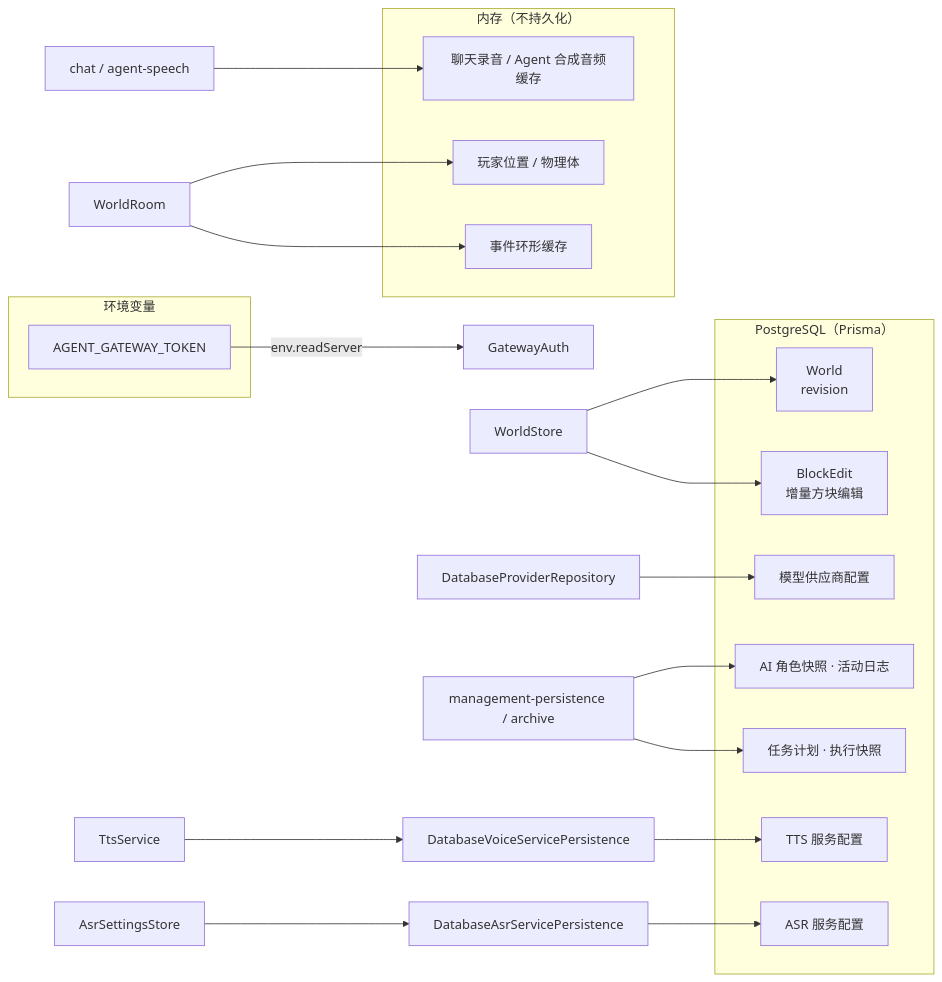
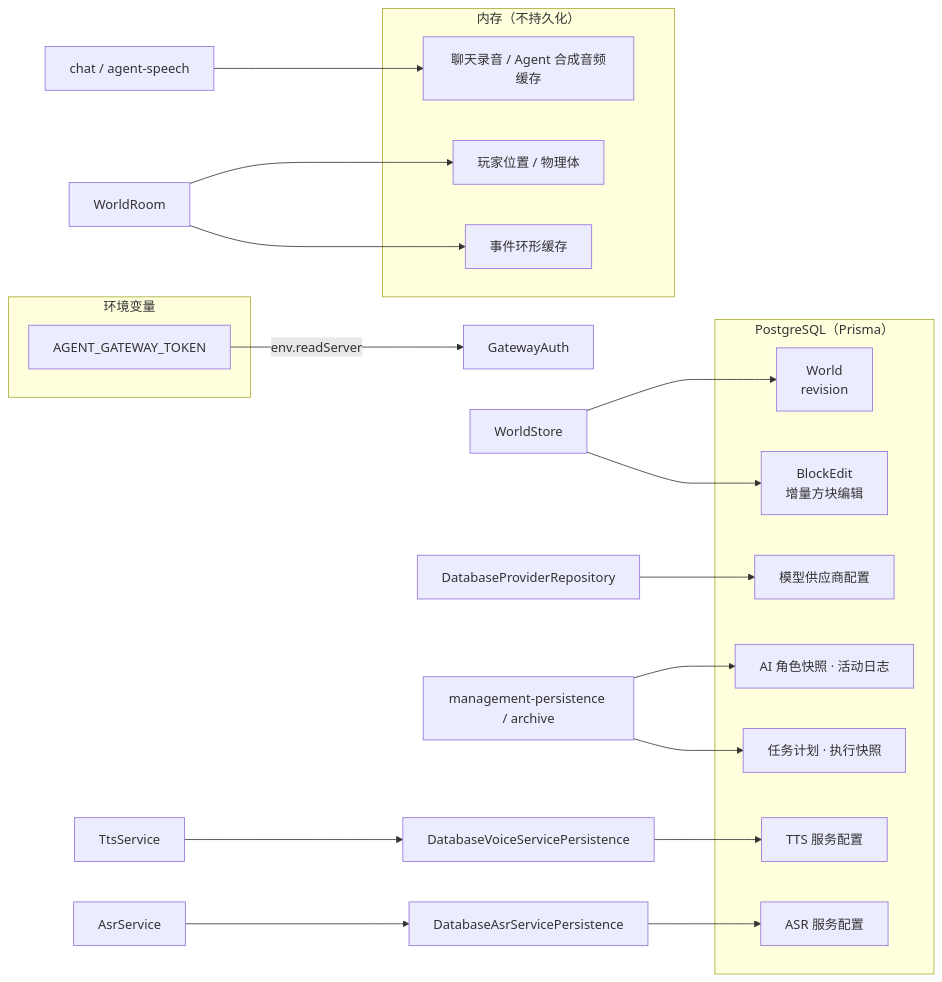
One commit to lulabs-org/embocraft changed diagram 14 of 14 in docs/guide/architecture-diagrams.md. Above: the diagram before and after it, drawn with Mermaid. The commit also changed other lines of this file and 60 other files, not shown here.

````diff
--- a/docs/guide/architecture-diagrams.md
+++ b/docs/guide/architecture-diagrams.md
@@ -450,34 +446,34 @@
 ```mermaid
 graph LR
     subgraph PG["PostgreSQL（Prisma）"]
         WorldT["World<br/>revision"]
         EditT["BlockEdit<br/>增量方块编辑"]
         Prov["模型供应商配置"]
         Chars["AI 角色快照 · 活动日志"]
         TaskF["任务计划 · 执行快照"]
         VoiceF["TTS 服务配置"]
         ASRF["ASR 服务配置"]
     end
 
     subgraph Env["环境变量"]
         Token["AGENT_GATEWAY_TOKEN"]
     end
 
     subgraph Memory["内存（不持久化）"]
         Rec["聊天录音 / Agent 合成音频缓存"]
         Players["玩家位置 / 物理体"]
         EvBuf["事件环形缓存"]
     end
 
     WorldStoreN["WorldStore"] --> WorldT
     WorldStoreN --> EditT
     DatabaseProviderRepoN["DatabaseProviderRepository"] --> Prov
     VSN["TtsService"] --> VDB["DatabaseVoiceServicePersistence"] --> VoiceF
-    ASN["AsrSettingsStore"] --> ADB["DatabaseAsrServicePersistence"] --> ASRF
+    ASN["AsrService"] --> ADB["DatabaseAsrServicePersistence"] --> ASRF
     Token -->|env.readServer| GAN["GatewayAuth"]
     MP["management-persistence / archive"] --> Chars
     MP --> TaskF
     ChatN["chat / agent-speech"] --> Rec
     RoomN["WorldRoom"] --> Players
     RoomN --> EvBuf
 ```
````
